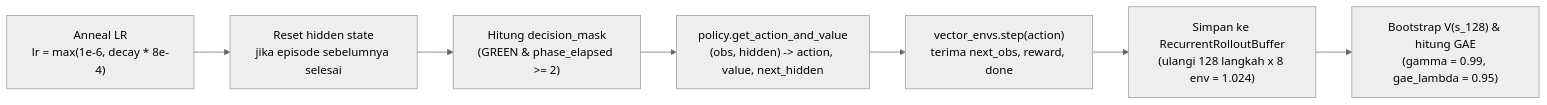
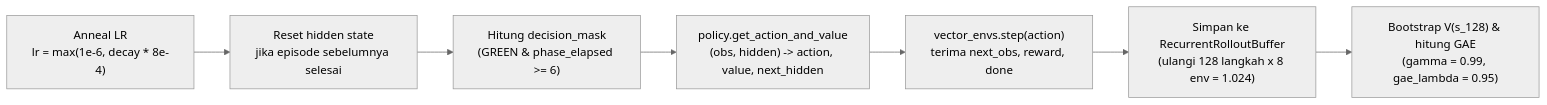
One commit to Fahmialfayadh/fly-connectome-traffic-rl changed the first of 2 diagrams in docs/MASTER_DOC.md. Above: the diagram before and after it, drawn with Mermaid (neutral theme). The commit also changed other lines of this file and 58 other files, not shown here.

````diff
--- a/docs/MASTER_DOC.md
+++ b/docs/MASTER_DOC.md
@@ -260,9 +266,9 @@
 ```mermaid
 flowchart LR
     A["Anneal LR<br/>lr = max(1e-6, decay * 8e-4)"] --> B["Reset hidden state<br/>jika episode sebelumnya selesai"]
-    B --> C["Hitung decision_mask<br/>(GREEN & phase_elapsed >= 2)"]
+    B --> C["Hitung decision_mask<br/>(GREEN & phase_elapsed >= 6)"]
     C --> D["policy.get_action_and_value<br/>(obs, hidden) -> action, value, next_hidden"]
     D --> E["vector_envs.step(action)<br/>terima next_obs, reward, done"]
     E --> F["Simpan ke RecurrentRolloutBuffer<br/>(ulangi 128 langkah x 8 env = 1.024)"]
     F --> G["Bootstrap V(s_128) & hitung GAE<br/>(gamma = 0.99, gae_lambda = 0.95)"]
 ```
````
